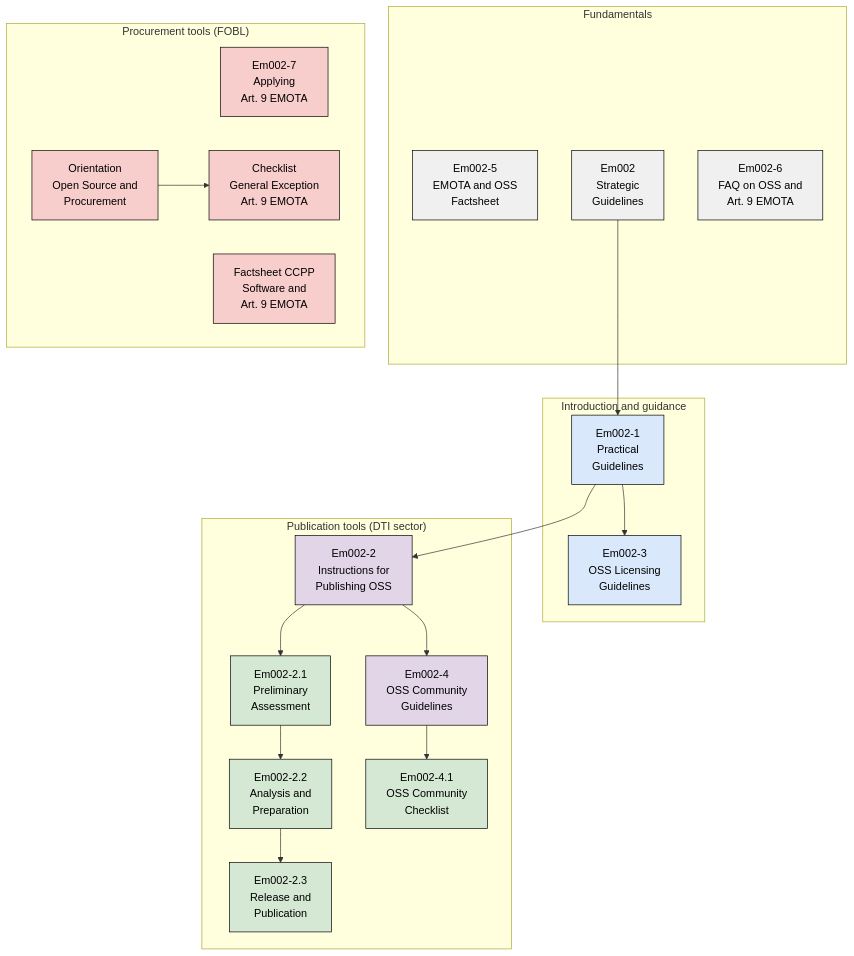
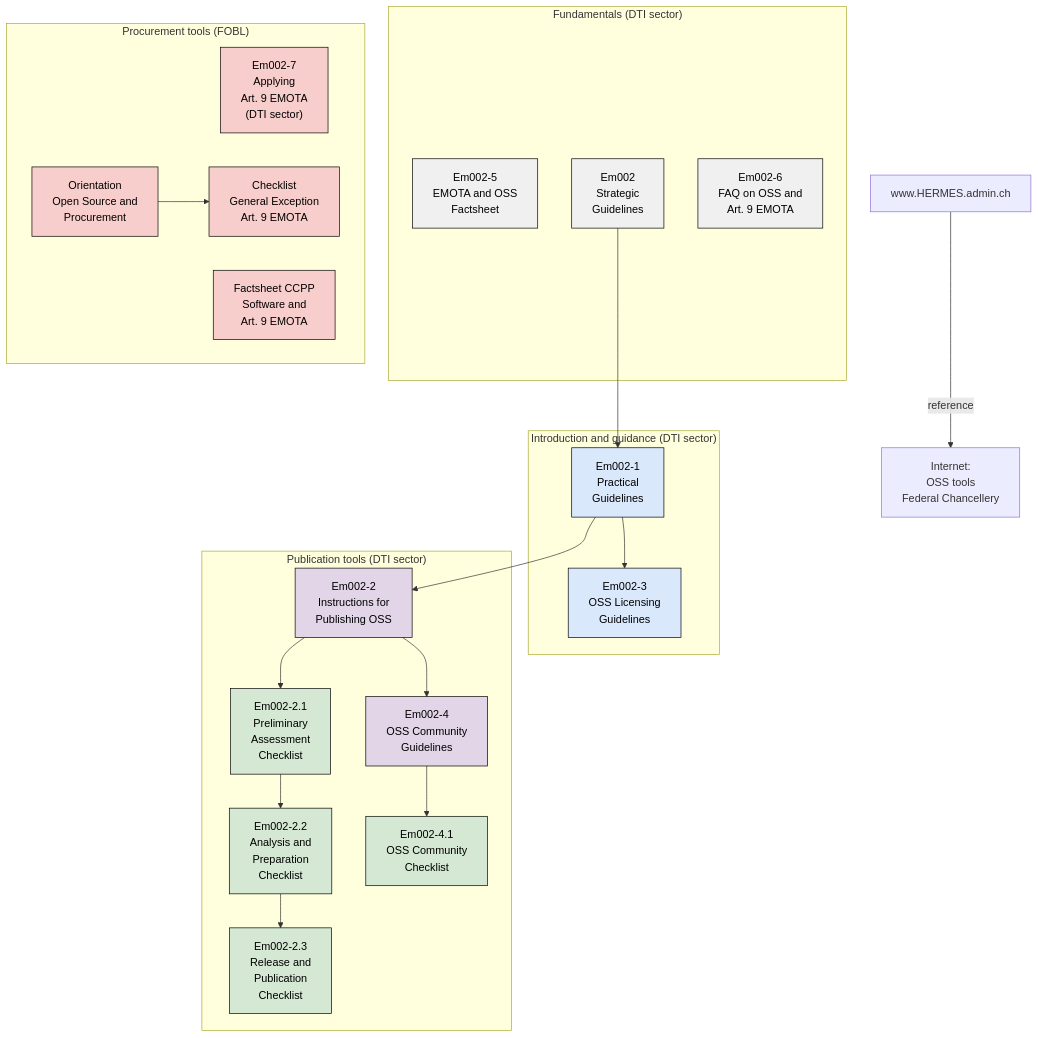
One commit to 736-c41-2c1-e464fc974/opensource-guidelines changed the diagram in docs/partials/document-map.en.adoc. Above: the diagram before and after it, drawn with Mermaid. The commit also changed other lines of this file and 5 other files, not shown here.

```diff
--- a/docs/partials/document-map.en.adoc
+++ b/docs/partials/document-map.en.adoc
@@ -19,51 +25,55 @@
 [mermaid,align="center",alt="Overview of the OSS tools in connection with Art. 9 EMOTA"]
 ....
 flowchart TD
-    subgraph FUND["Fundamentals"]
+    subgraph FUND["Fundamentals (DTI sector)"]
         EM0025["Em002-5<br/>EMOTA and OSS<br/>Factsheet"]
         EM002["Em002<br/>Strategic<br/>Guidelines"]
         EM0026["Em002-6<br/>FAQ on OSS and<br/>Art. 9 EMOTA"]
     end
 
-    subgraph INTRO["Introduction and guidance"]
+    subgraph INTRO["Introduction and guidance (DTI sector)"]
         EM0021["Em002-1<br/>Practical<br/>Guidelines"]
         EM0023["Em002-3<br/>OSS Licensing<br/>Guidelines"]
     end
 
     subgraph PUB["Publication tools (DTI sector)"]
         EM0022["Em002-2<br/>Instructions for<br/>Publishing OSS"]
         EM0024["Em002-4<br/>OSS Community<br/>Guidelines"]
-        CL21["Em002-2.1<br/>Preliminary<br/>Assessment"]
-        CL22["Em002-2.2<br/>Analysis and<br/>Preparation"]
-        CL23["Em002-2.3<br/>Release and<br/>Publication"]
+        CL21["Em002-2.1<br/>Preliminary<br/>Assessment<br/>Checklist"]
+        CL22["Em002-2.2<br/>Analysis and<br/>Preparation<br/>Checklist"]
+        CL23["Em002-2.3<br/>Release and<br/>Publication<br/>Checklist"]
         CL41["Em002-4.1<br/>OSS Community<br/>Checklist"]
     end
 
     subgraph PROC["Procurement tools (FOBL)"]
-        EM0027["Em002-7<br/>Applying<br/>Art. 9 EMOTA"]
+        EM0027["Em002-7<br/>Applying<br/>Art. 9 EMOTA<br/>(DTI sector)"]
         KBB["Factsheet CCPP<br/>Software and<br/>Art. 9 EMOTA"]
         ORI["Orientation<br/>Open Source and<br/>Procurement"]
         CLEX["Checklist<br/>General Exception<br/>Art. 9 EMOTA"]
     end
+
+    HERMES["www.HERMES.admin.ch"]
+    FCHOSS["Internet:<br/>OSS tools<br/>Federal Chancellery"]
 
     EM002 --> EM0021
     EM0021 --> EM0023
     EM0021 --> EM0022
     EM0022 --> EM0024
     EM0022 --> CL21
     CL21 --> CL22
     CL22 --> CL23
     EM0024 --> CL41
     ORI --> CLEX
+    HERMES -->|"reference"| FCHOSS
 
     classDef fund fill:#f0f0f0,stroke:#000000,color:#000000
     classDef intro fill:#dae8fc,stroke:#000000,color:#000000
     classDef pub fill:#e1d5e7,stroke:#000000,color:#000000
     classDef check fill:#d5e8d4,stroke:#000000,color:#000000
     classDef proc fill:#f8cecc,stroke:#000000,color:#000000
     class EM002,EM0025,EM0026 fund
     class EM0021,EM0023 intro
     class EM0022,EM0024 pub
     class CL21,CL22,CL23,CL41 check
     class EM0027,KBB,ORI,CLEX proc
 ....
```
